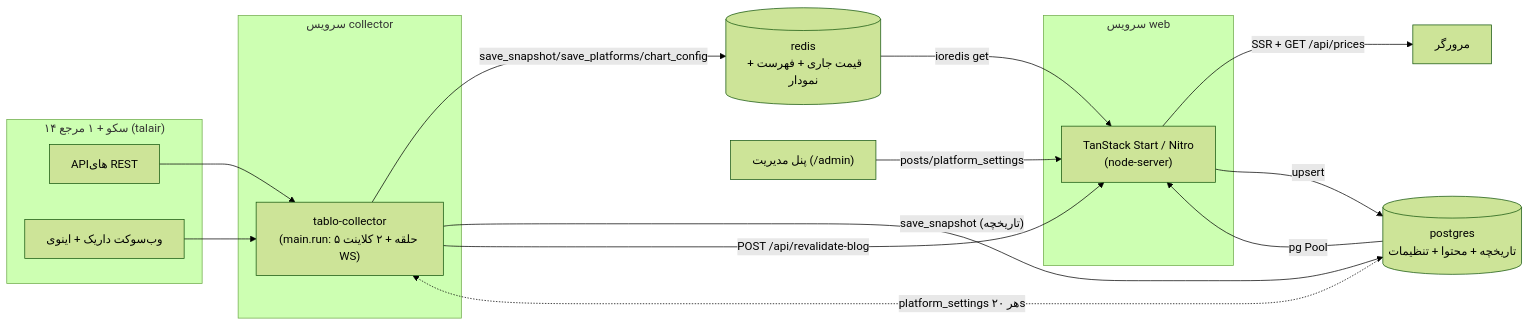
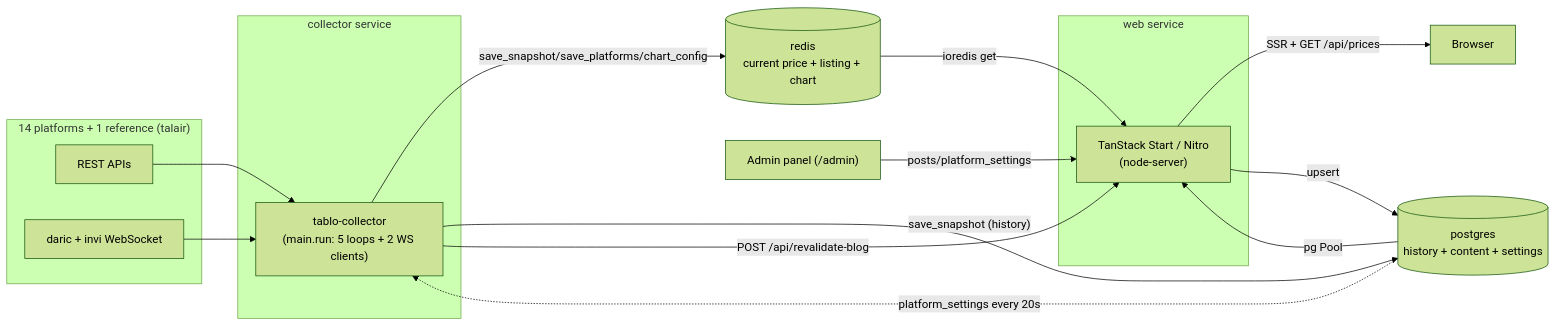
Before and after one commit to smzerehpoush/mazane.online: the diagram in docs/01-overview.md, drawn with Mermaid (forest theme). The commit also changed other lines of this file and 175 other files, not shown here.

````diff
--- a/docs/01-overview.md
+++ b/docs/01-overview.md
@@ -22,33 +24,33 @@
 ```mermaid
 flowchart LR
-    subgraph Sources["۱۴ سکو + ۱ مرجع (talair)"]
-        HTTP["APIهای REST"]
-        WS["وب‌سوکت داریک + اینوی"]
+    subgraph Sources["14 platforms + 1 reference (talair)"]
+        HTTP["REST APIs"]
+        WS["daric + invi WebSocket"]
     end
 
-    subgraph collector_svc["سرویس collector"]
-        C["tablo-collector\n(main.run: ۵ حلقه + ۲ کلاینت WS)"]
+    subgraph collector_svc["collector service"]
+        C["tablo-collector\n(main.run: 5 loops + 2 WS clients)"]
     end
 
-    subgraph web_svc["سرویس web"]
+    subgraph web_svc["web service"]
         W["TanStack Start / Nitro\n(node-server)"]
     end
 
-    PG[("postgres\nتاریخچه + محتوا + تنظیمات")]
-    R[("redis\nقیمت جاری + فهرست + نمودار")]
-    Browser["مرورگر"]
-    Admin["پنل مدیریت (/admin)"]
+    PG[("postgres\nhistory + content + settings")]
+    R[("redis\ncurrent price + listing + chart")]
+    Browser["Browser"]
+    Admin["Admin panel (/admin)"]
 
     HTTP --> C
     WS --> C
     C -- save_snapshot/save_platforms/chart_config --> R
-    C -- save_snapshot (تاریخچه) --> PG
-    PG -. platform_settings هر ۲۰s .-> C
+    C -- save_snapshot (history) --> PG
+    PG -. platform_settings every 20s .-> C
     C -- POST /api/revalidate-blog --> W
 
     R -- ioredis get --> W
     PG -- pg Pool --> W
     W -- SSR + GET /api/prices --> Browser
     Admin -- posts/platform_settings --> W
     W -- upsert --> PG
 ```
````
